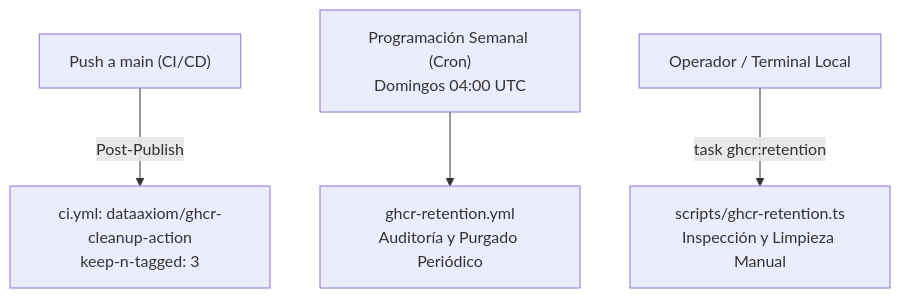
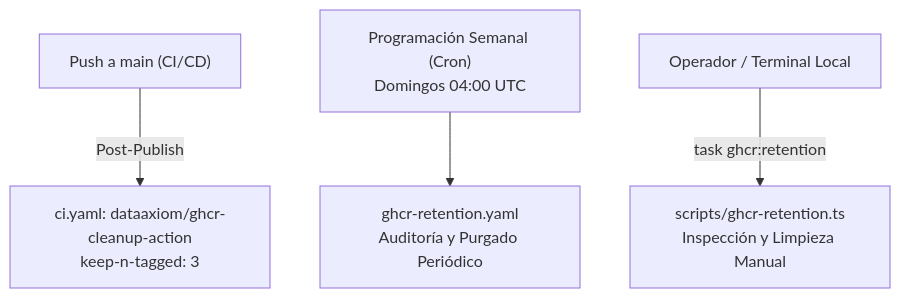
The diagram in docs/operations/GHCR_RETENTION_POLICY.md (rocapellino/pokedex), drawn with Mermaid before and after one commit. The commit also changed 24 other files, not shown here.

````diff
--- a/docs/operations/GHCR_RETENTION_POLICY.md
+++ b/docs/operations/GHCR_RETENTION_POLICY.md
@@ -22,6 +22,6 @@
 ```mermaid
 flowchart TD
-    A["Push a main (CI/CD)"] -->|Post-Publish| B["ci.yml: dataaxiom/ghcr-cleanup-action<br/>keep-n-tagged: 3"]
-    C["Programación Semanal (Cron)<br/>Domingos 04:00 UTC"] --> D["ghcr-retention.yml<br/>Auditoría y Purgado Periódico"]
+    A["Push a main (CI/CD)"] -->|Post-Publish| B["ci.yaml: dataaxiom/ghcr-cleanup-action<br/>keep-n-tagged: 3"]
+    C["Programación Semanal (Cron)<br/>Domingos 04:00 UTC"] --> D["ghcr-retention.yaml<br/>Auditoría y Purgado Periódico"]
     E["Operador / Terminal Local"] -->|task ghcr:retention| F["scripts/ghcr-retention.ts<br/>Inspección y Limpieza Manual"]
 ```
````
